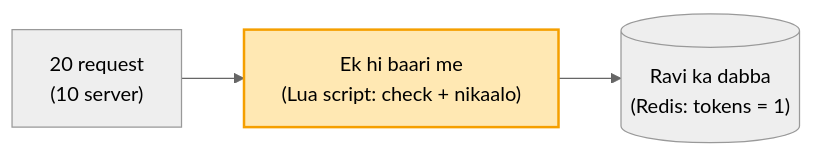
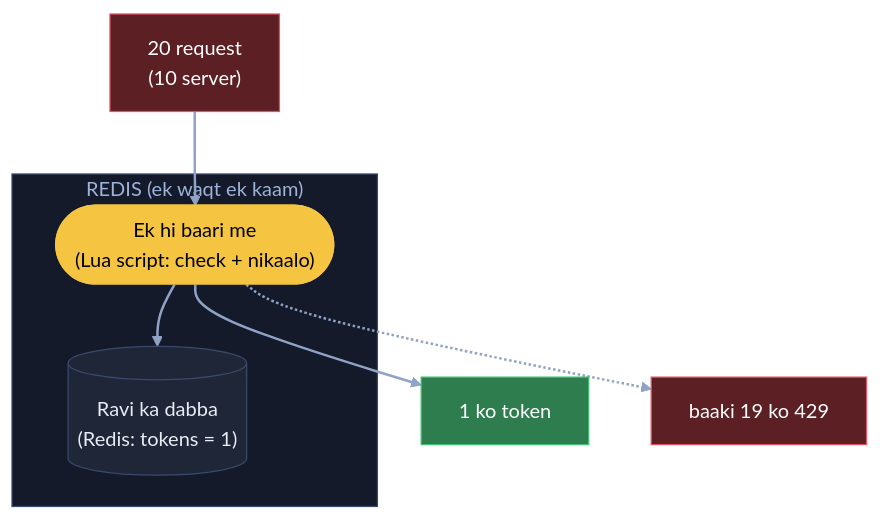
Before and after one commit to ArpanMaheshwari144/Prep: the third of 9 diagrams in 04_HLD/SYSTEM_DESIGNS/02_rate_limiter/02_rate_limiter.md, drawn with Mermaid (neutral theme). The commit also changed other lines of this file, not shown here.

Commit message:
Rate limiter: 9 diagram YouTube (reel) wale card andaaz me

````diff
--- a/04_HLD/SYSTEM_DESIGNS/02_rate_limiter/02_rate_limiter.md
+++ b/04_HLD/SYSTEM_DESIGNS/02_rate_limiter/02_rate_limiter.md
@@ -85,6 +108,20 @@
 ```mermaid
-flowchart LR
-    S["20 request<br/>(10 server)"] --> L["Ek hi baari me<br/>(Lua script: check + nikaalo)"]
-    L --> R[("Ravi ka dabba<br/>(Redis: tokens = 1)")]
-    style L fill:#ffe8b3,stroke:#f59f00,stroke-width:2px,color:#000
+flowchart TB
+    S["20 request<br/>(10 server)"]:::bad
+    subgraph RD["REDIS (ek waqt ek kaam)"]
+        L(["Ek hi baari me<br/>(Lua script: check + nikaalo)"]):::pill
+        R[("Ravi ka dabba<br/>(Redis: tokens = 1)")]:::card
+    end
+    OK["1 ko token"]:::good
+    X["baaki 19 ko 429"]:::bad
+    S --> L
+    L --> R
+    L --> OK
+    L -.-> X
+    linkStyle default stroke:#8fa3c7,stroke-width:2px
+    classDef card fill:#1e2638,stroke:#3a4a6b,color:#e8ecf5
+    classDef pill fill:#f5c542,stroke:#f5c542,color:#000
+    classDef good fill:#2e7d4f,stroke:#3fbf6f,color:#fff
+    classDef bad fill:#5c1f24,stroke:#e05561,color:#fff
+    style RD fill:#141a29,stroke:#3a4a6b,color:#9fb3d9
 ```
````
